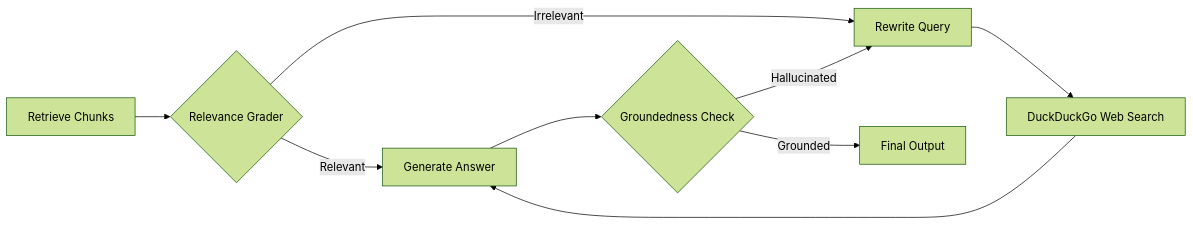
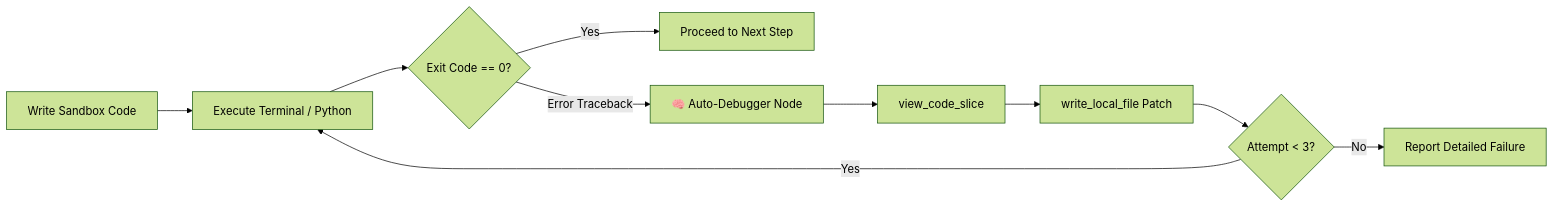
One commit to iqzaardiansyah/local-agentic-rag changed the third of 3 diagrams in IMPROVEMENTS.md. Above: the diagram before and after it, drawn with Mermaid (forest theme). The commit also changed other lines of this file, not shown here.

Commit message:
Update IMPROVEMENTS.md with Zero-Cost Phase 2 architecture blueprint

````diff
--- a/IMPROVEMENTS.md
+++ b/IMPROVEMENTS.md
@@ -88,11 +152,12 @@
 ```mermaid
 flowchart LR
-    Retrieve[Retrieve Chunks] --> Grade{Relevance Grader}
-    Grade -- Relevant --> Generate[Generate Answer]
-    Grade -- Irrelevant --> Rewrite[Rewrite Query]
-    Rewrite --> WebSearch[DuckDuckGo Web Search]
-    WebSearch --> Generate
-    Generate --> Grounded{Groundedness Check}
-    Grounded -- Grounded --> FinalAnswer[Final Output]
-    Grounded -- Hallucinated --> Rewrite
+    WriteCode[Write Sandbox Code] --> RunCode[Execute Terminal / Python]
+    RunCode --> CheckResult{Exit Code == 0?}
+    CheckResult -- Yes --> ReturnSuccess[Proceed to Next Step]
+    CheckResult -- Error Traceback --> DebugNode[🧠 Auto-Debugger Node]
+    DebugNode --> Inspect[view_code_slice]
+    Inspect --> Patch[write_local_file Patch]
+    Patch --> ReTest{Attempt < 3?}
+    ReTest -- Yes --> RunCode
+    ReTest -- No --> AlertUser[Report Detailed Failure]
 ```
````
